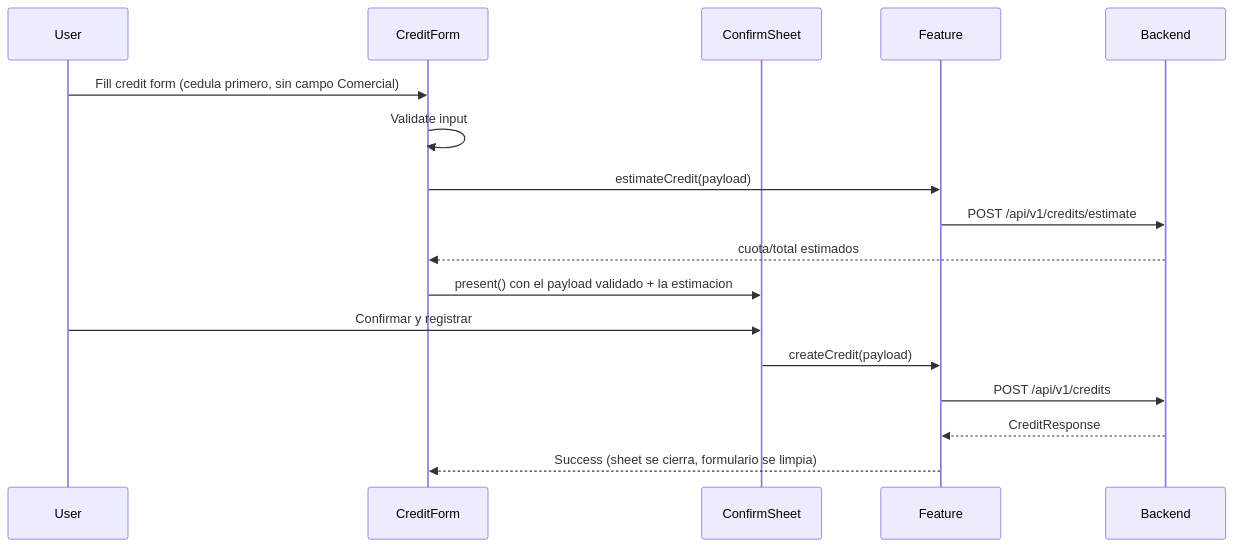
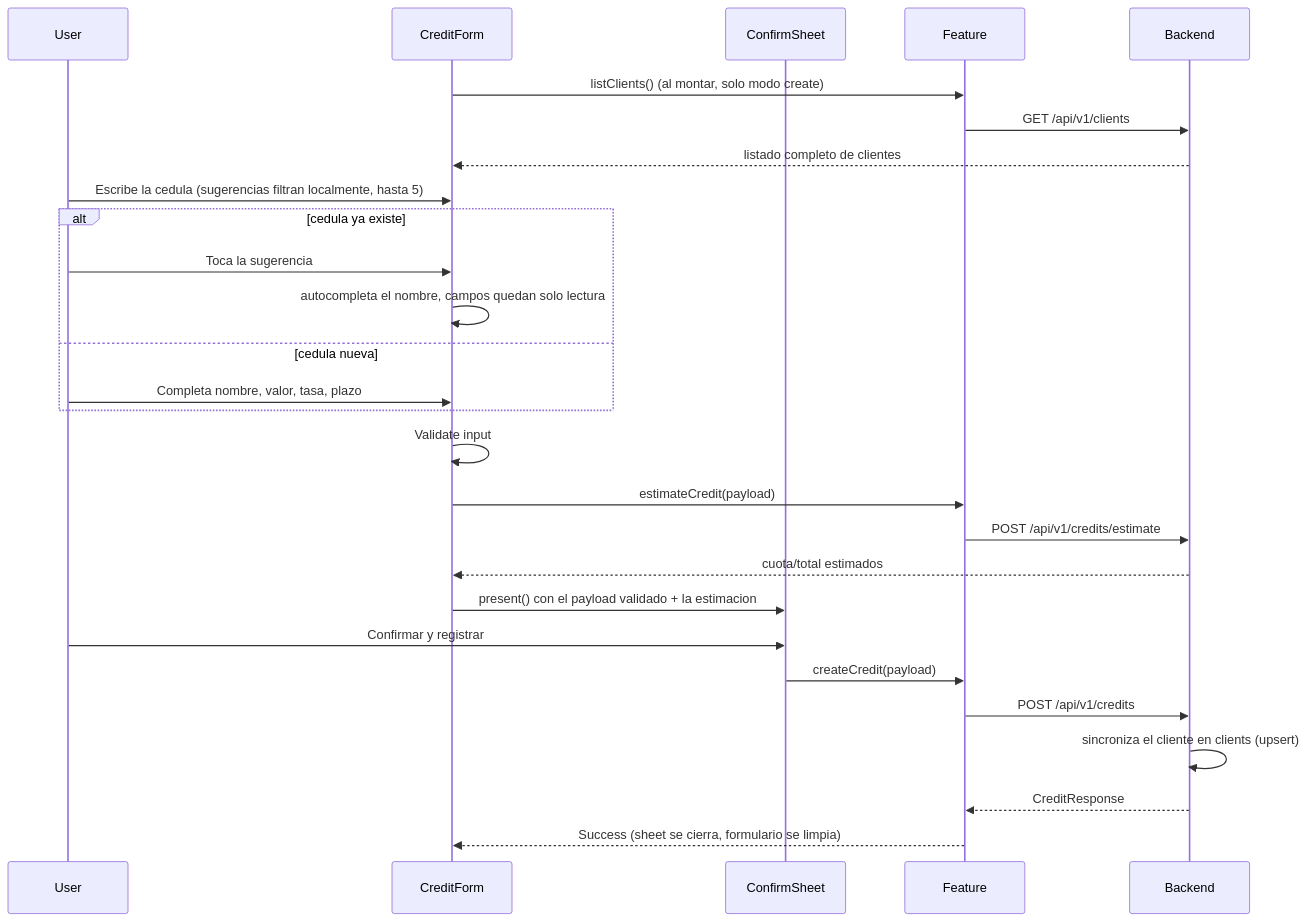
The diagram in knowledge/credits/current-credit-registration-flow.md (CarlosPolo019/credit-mobile), drawn with Mermaid before and after one commit. The commit also changed other lines of this file and 1 other file, not shown here.

Commit message:
docs: show the autocomplete + client sync steps in the registration flow

````diff
--- a/knowledge/credits/current-credit-registration-flow.md
+++ b/knowledge/credits/current-credit-registration-flow.md
@@ -19,19 +19,29 @@
 ```mermaid
 sequenceDiagram
   participant User
   participant Form as CreditForm
   participant ConfirmSheet
   participant Feature
   participant Backend
-  User->>Form: Fill credit form (cedula primero, sin campo Comercial)
+  Form->>Feature: listClients() (al montar, solo modo create)
+  Feature->>Backend: GET /api/v1/clients
+  Backend-->>Form: listado completo de clientes
+  User->>Form: Escribe la cedula (sugerencias filtran localmente, hasta 5)
+  alt cedula ya existe
+    User->>Form: Toca la sugerencia
+    Form->>Form: autocompleta el nombre, campos quedan solo lectura
+  else cedula nueva
+    User->>Form: Completa nombre, valor, tasa, plazo
+  end
   Form->>Form: Validate input
   Form->>Feature: estimateCredit(payload)
   Feature->>Backend: POST /api/v1/credits/estimate
   Backend-->>Form: cuota/total estimados
   Form->>ConfirmSheet: present() con el payload validado + la estimacion
   User->>ConfirmSheet: Confirmar y registrar
   ConfirmSheet->>Feature: createCredit(payload)
   Feature->>Backend: POST /api/v1/credits
+  Backend->>Backend: sincroniza el cliente en clients (upsert)
   Backend-->>Feature: CreditResponse
   Feature-->>Form: Success (sheet se cierra, formulario se limpia)
 ```
````
